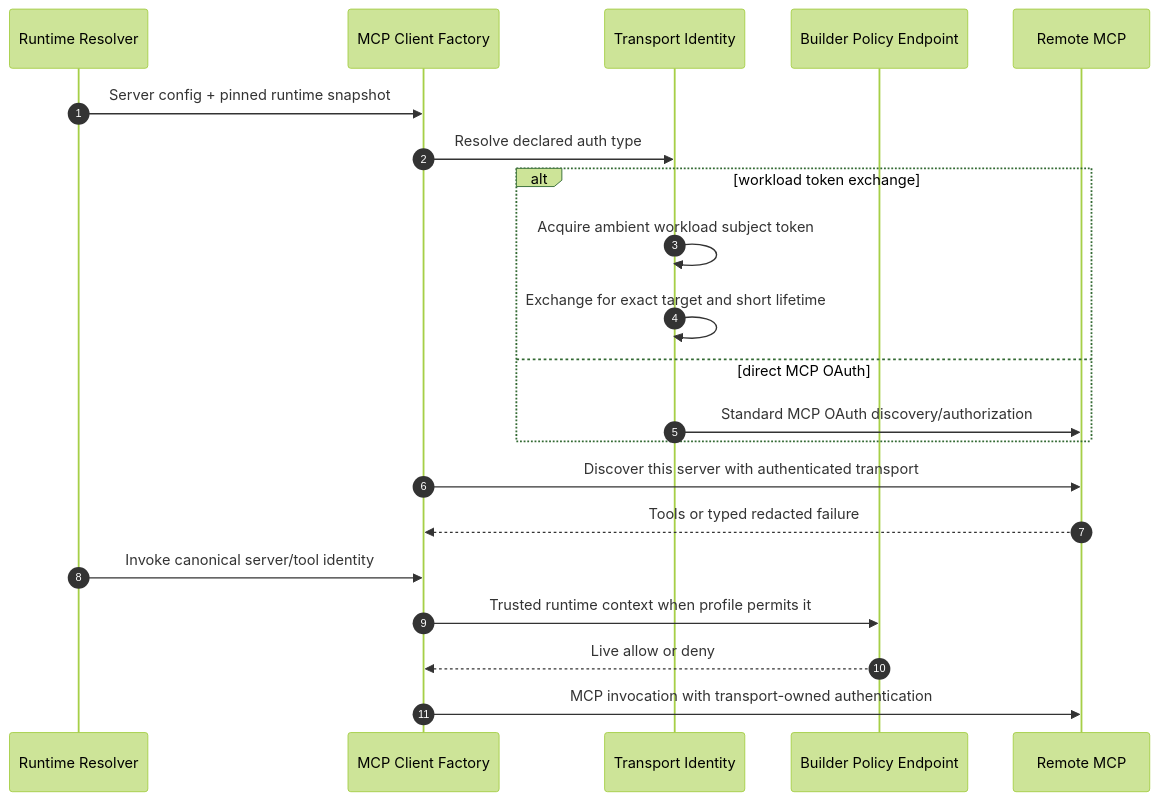
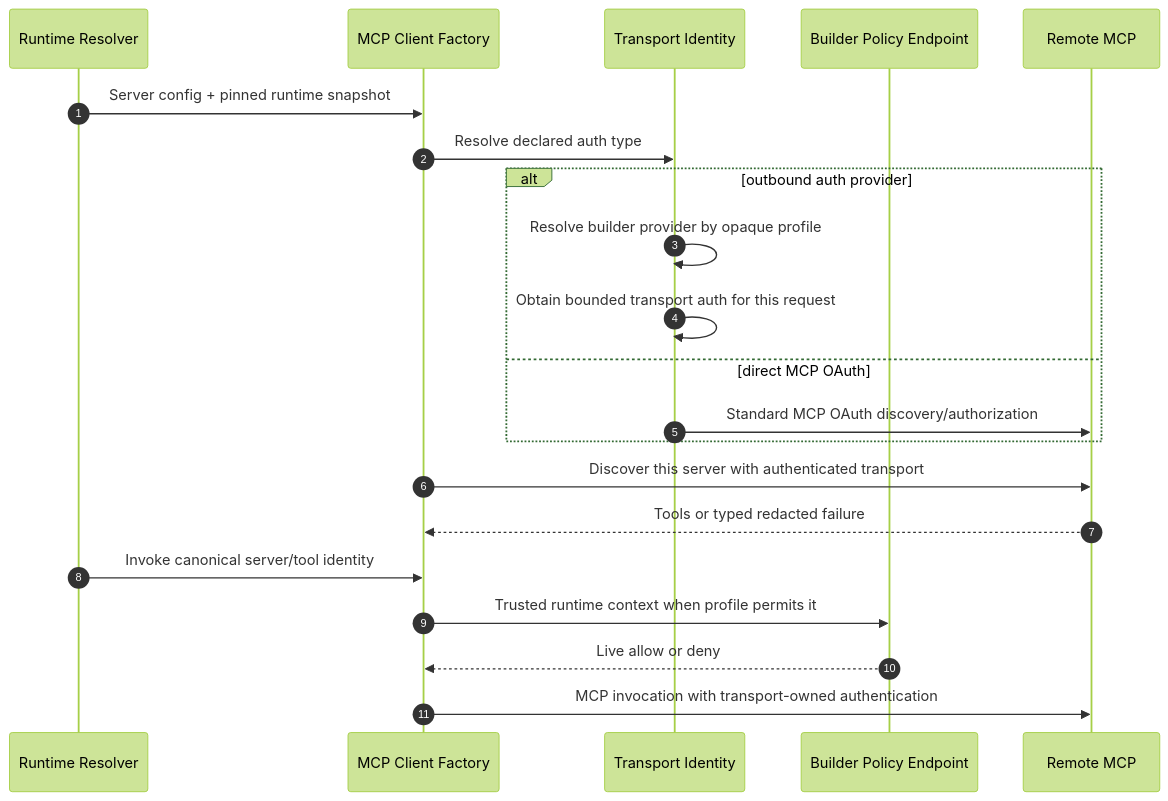
The diagram in docs/proposals/v0.14.0-mcp-runtime-contract.md (CognicellAI/Cognition), drawn with Mermaid (forest theme) before and after one commit. The commit also changed other lines of this file and 1 other file, not shown here.

Commit message:
docs: clarify MCP outbound auth provider boundary

````diff
--- a/docs/proposals/v0.14.0-mcp-runtime-contract.md
+++ b/docs/proposals/v0.14.0-mcp-runtime-contract.md
@@ -178,24 +157,24 @@
 ```mermaid
 sequenceDiagram
     autonumber
     participant R as Runtime Resolver
     participant F as MCP Client Factory
     participant I as Transport Identity
     participant P as Builder Policy Endpoint
     participant M as Remote MCP
 
     R->>F: Server config + pinned runtime snapshot
     F->>I: Resolve declared auth type
-    alt workload token exchange
-        I->>I: Acquire ambient workload subject token
-        I->>I: Exchange for exact target and short lifetime
+    alt outbound auth provider
+        I->>I: Resolve builder provider by opaque profile
+        I->>I: Obtain bounded transport auth for this request
     else direct MCP OAuth
         I->>M: Standard MCP OAuth discovery/authorization
     end
     F->>M: Discover this server with authenticated transport
     M-->>F: Tools or typed redacted failure
     R->>F: Invoke canonical server/tool identity
     F->>P: Trusted runtime context when profile permits it
     P-->>F: Live allow or deny
     F->>M: MCP invocation with transport-owned authentication
 ```
````
